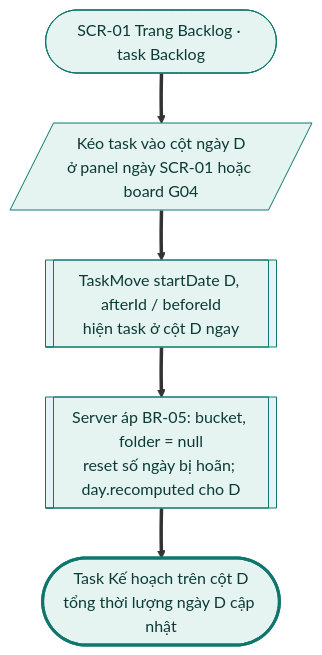
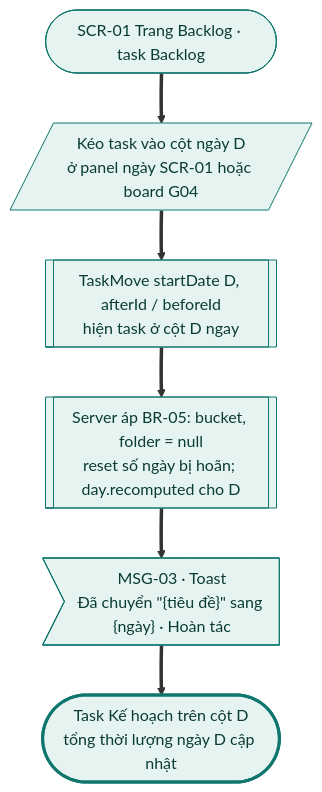
Before and after one commit to tannguyenho/personal-app: the seventh of 18 diagrams in docs/design-brief/flow/g06-backlog-rollover.md, drawn with Mermaid. The commit also changed other lines of this file and 5 other files, not shown here.

First line of the commit message:
docs(G03, G06): áp quyết định PO 09/11 vào SRS, PRD, flow

````diff
--- a/docs/design-brief/flow/g06-backlog-rollover.md
+++ b/docs/design-brief/flow/g06-backlog-rollover.md
@@ -272,22 +275,23 @@
 ```mermaid
 flowchart TD
   start(["SCR-01 Trang Backlog · task Backlog"])
   u1[/"Kéo task vào cột ngày D<br/>ở panel ngày SCR-01 hoặc board G04"/]
   p1[["TaskMove startDate D, afterId / beforeId<br/>hiện task ở cột D ngay"]]
   p2[["Server áp BR-05: bucket, folder = null<br/>reset số ngày bị hoãn; day.recomputed cho D"]]
+  m1>"MSG-03 · Toast<br/>Đã chuyển #quot;{tiêu đề}#quot; sang {ngày} · Hoàn tác"]
   ok(["Task Kế hoạch trên cột D<br/>tổng thời lượng ngày D cập nhật"])
 
-  start ==> u1 ==> p1 ==> p2 ==> ok
+  start ==> u1 ==> p1 ==> p2 ==> m1 ==> ok
 
-  class start,u1,p1,p2 happy
+  class start,u1,p1,p2,m1 happy
   class ok done
   classDef happy fill:#E6F4F1,stroke:#0F766E,color:#0B3B36
   classDef alt fill:#F1F3F5,stroke:#6B7280,color:#1F2937
   classDef err fill:#FDECEC,stroke:#B42318,color:#5C1010
   classDef warn fill:#FEF4E2,stroke:#B45309,color:#4A2604
   classDef ai fill:#F1ECFD,stroke:#6D28D9,color:#2E1065
   classDef sync fill:#FFFFFF,stroke:#6B7280,stroke-dasharray:4 3,color:#1F2937
   classDef link fill:#FFFFFF,stroke:#0F766E,stroke-dasharray:4 3,color:#0B3B36
   classDef done fill:#E6F4F1,stroke:#0F766E,stroke-width:3px,color:#0B3B36
   classDef fail fill:#FDECEC,stroke:#B42318,stroke-width:3px,color:#5C1010
 ```
````
